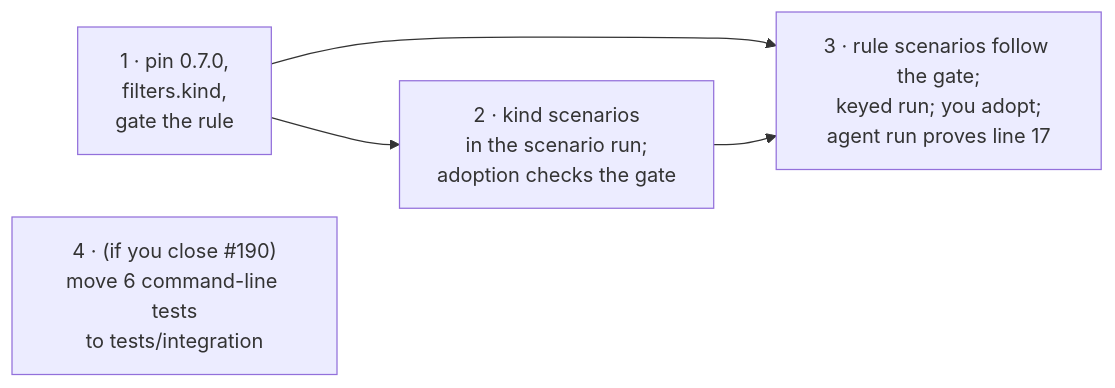
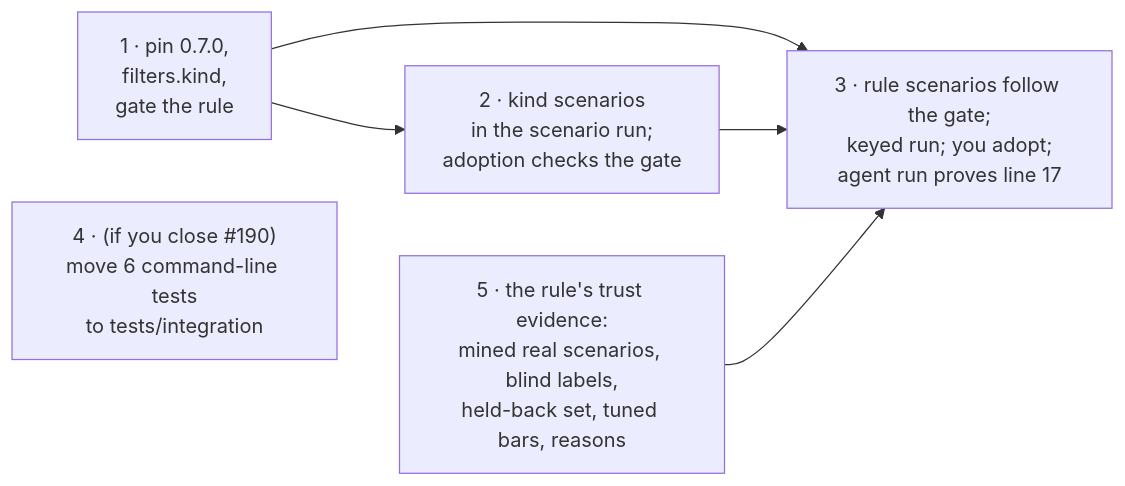
One commit to ShravanSunder/sunstack changed the diagram in docs/specs/2026-11-03-skill-rules/deliverables/3-one-rule-end-to-end/plan.md. Above: the diagram before and after it, drawn with Mermaid. The commit also changed other lines of this file and 4 other files, not shown here.

Commit message:
docs(skill-rules): D3 adds the rule's trust evidence; round 3 result; skipped-scenarios decision page

````diff
--- a/docs/specs/2026-11-03-skill-rules/deliverables/3-one-rule-end-to-end/plan.md
+++ b/docs/specs/2026-11-03-skill-rules/deliverables/3-one-rule-end-to-end/plan.md
@@ -9,7 +9,8 @@
 ```mermaid
 flowchart LR
   B1["1 · pin 0.7.0,<br/>filters.kind,<br/>gate the rule"] --> B2["2 · kind scenarios<br/>in the scenario run;<br/>adoption checks the gate"]
   B1 --> B3["3 · rule scenarios follow the gate;<br/>keyed run; you adopt;<br/>agent run proves line 17"]
   B2 --> B3
+  B5["5 · the rule's trust evidence:<br/>mined real scenarios, blind labels,<br/>held-back set, tuned bars, reasons"] --> B3
   B4["4 · (if you close #190)<br/>move 6 command-line tests<br/>to tests/integration"]
 ```
````
